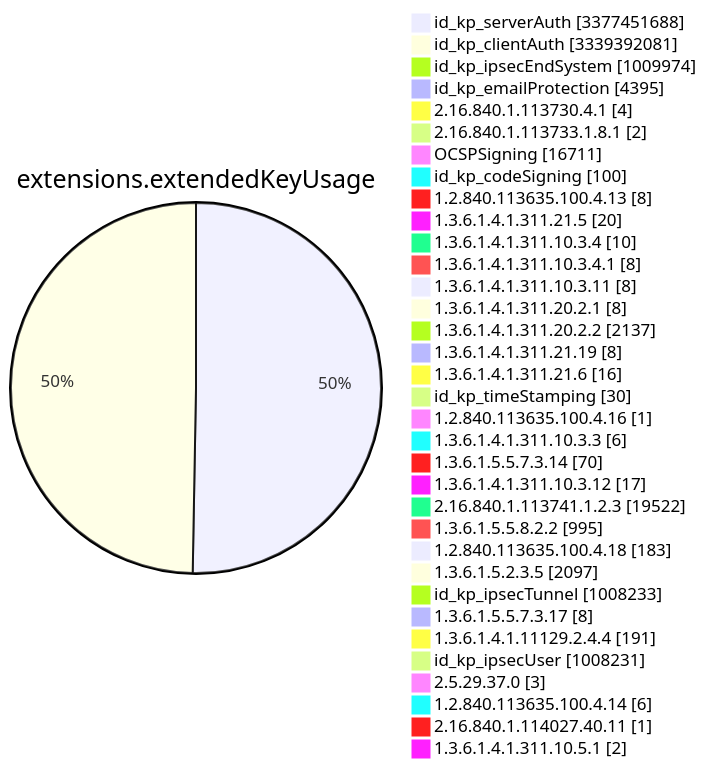
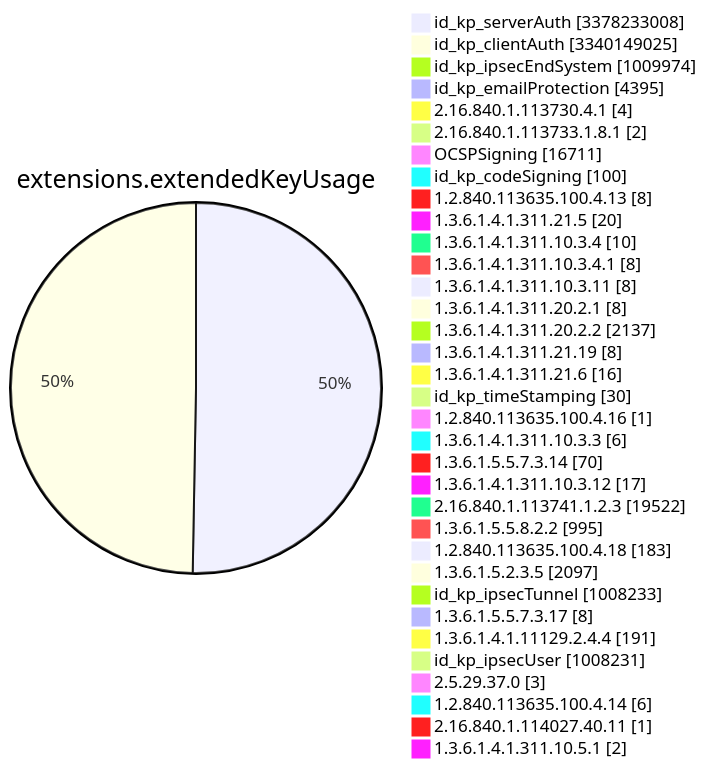
Before and after one commit to christiankrug/ctmonitor_visualization: diagram 11 of 15 in TOTAL/README.md, drawn with Mermaid. The commit also changed other lines of this file, not shown here.

````diff
--- a/TOTAL/README.md
+++ b/TOTAL/README.md
@@ -4120,38 +4120,38 @@
 ```mermaid
 pie showData
 title extensions.extendedKeyUsage
-"id_kp_serverAuth" :3377451688
-"id_kp_clientAuth" :3339392081
+"id_kp_serverAuth" :3378233008
+"id_kp_clientAuth" :3340149025
 "id_kp_ipsecEndSystem" :1009974
 "id_kp_emailProtection" :4395
 "2.16.840.1.113730.4.1" :4
 "2.16.840.1.113733.1.8.1" :2
 "OCSPSigning" :16711
 "id_kp_codeSigning" :100
 "1.2.840.113635.100.4.13" :8
 "1.3.6.1.4.1.311.21.5" :20
 "1.3.6.1.4.1.311.10.3.4" :10
 "1.3.6.1.4.1.311.10.3.4.1" :8
 "1.3.6.1.4.1.311.10.3.11" :8
 "1.3.6.1.4.1.311.20.2.1" :8
 "1.3.6.1.4.1.311.20.2.2" :2137
 "1.3.6.1.4.1.311.21.19" :8
 "1.3.6.1.4.1.311.21.6" :16
 "id_kp_timeStamping" :30
 "1.2.840.113635.100.4.16" :1
 "1.3.6.1.4.1.311.10.3.3" :6
 "1.3.6.1.5.5.7.3.14" :70
 "1.3.6.1.4.1.311.10.3.12" :17
 "2.16.840.1.113741.1.2.3" :19522
 "1.3.6.1.5.5.8.2.2" :995
 "1.2.840.113635.100.4.18" :183
 "1.3.6.1.5.2.3.5" :2097
 "id_kp_ipsecTunnel" :1008233
 "1.3.6.1.5.5.7.3.17" :8
 "1.3.6.1.4.1.11129.2.4.4" :191
 "id_kp_ipsecUser" :1008231
 "2.5.29.37.0" :3
 "1.2.840.113635.100.4.14" :6
 "2.16.840.1.114027.40.11" :1
 "1.3.6.1.4.1.311.10.5.1" :2
 ```
````
